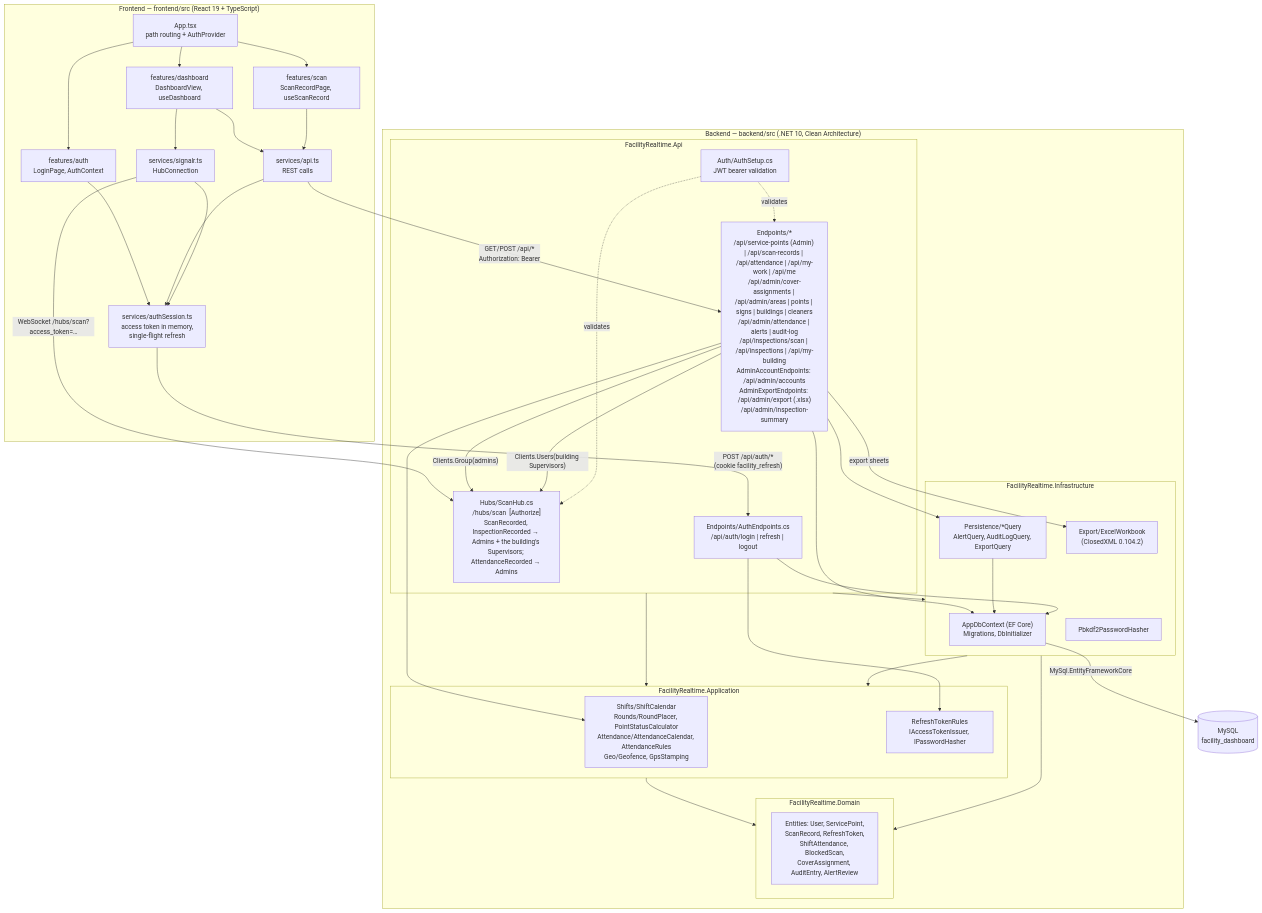
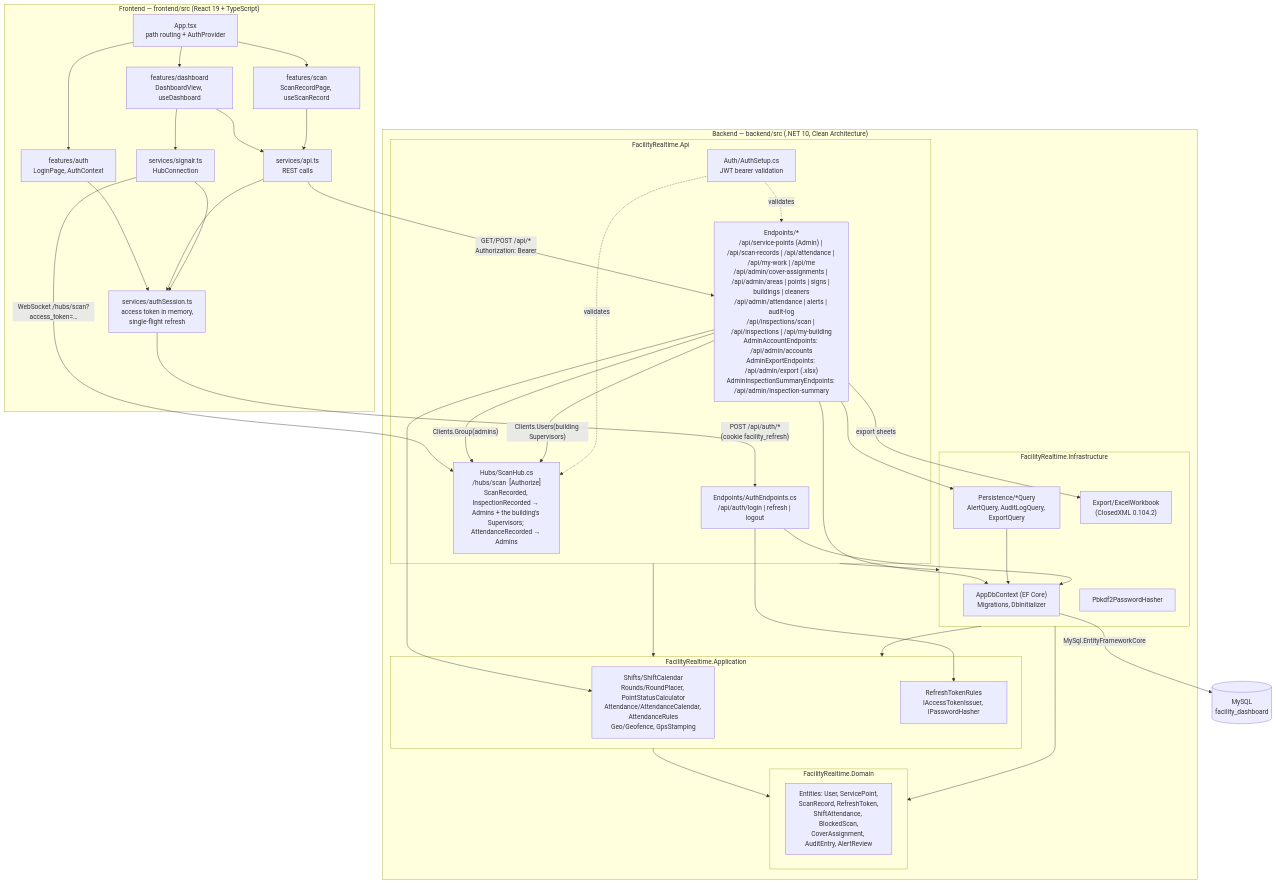
The third of 6 diagrams in docs/architecture.md (ThodsaphonSonthiphin/Facility-Real-time-dashboard), drawn with Mermaid before and after one commit. The commit also changed other lines of this file and 12 other files, not shown here.

Commit message:
fix(backend): leave post-shift work out of the Inspection Summary (decision 17); a failed live push no longer fails the saved record; My Building IsCover follows the cover; docs

````diff
--- a/docs/architecture.md
+++ b/docs/architecture.md
@@ -107,66 +107,66 @@
 ```mermaid
 flowchart TB
     subgraph FE["Frontend — frontend/src (React 19 + TypeScript)"]
         App["App.tsx<br/>path routing + AuthProvider"]
         Dash["features/dashboard<br/>DashboardView, useDashboard"]
         Scan["features/scan<br/>ScanRecordPage, useScanRecord"]
         Login["features/auth<br/>LoginPage, AuthContext"]
         ApiSvc["services/api.ts<br/>REST calls"]
         AuthSess["services/authSession.ts<br/>access token in memory,<br/>single-flight refresh"]
         SR["services/signalr.ts<br/>HubConnection"]
     end
 
     subgraph BE["Backend — backend/src (.NET 10, Clean Architecture)"]
         subgraph ApiP["FacilityRealtime.Api"]
-            Ep["Endpoints/*<br/>/api/service-points (Admin) | /api/scan-records | /api/attendance | /api/my-work | /api/me<br/>/api/admin/cover-assignments | /api/admin/areas | points | signs | buildings | cleaners<br/>/api/admin/attendance | alerts | audit-log<br/>/api/inspections/scan | /api/inspections | /api/my-building<br/>AdminAccountEndpoints: /api/admin/accounts<br/>AdminExportEndpoints: /api/admin/export (.xlsx)<br/>/api/admin/inspection-summary"]
+            Ep["Endpoints/*<br/>/api/service-points (Admin) | /api/scan-records | /api/attendance | /api/my-work | /api/me<br/>/api/admin/cover-assignments | /api/admin/areas | points | signs | buildings | cleaners<br/>/api/admin/attendance | alerts | audit-log<br/>/api/inspections/scan | /api/inspections | /api/my-building<br/>AdminAccountEndpoints: /api/admin/accounts<br/>AdminExportEndpoints: /api/admin/export (.xlsx)<br/>AdminInspectionSummaryEndpoints: /api/admin/inspection-summary"]
             AuthEp["Endpoints/AuthEndpoints.cs<br/>/api/auth/login | refresh | logout"]
             Hub["Hubs/ScanHub.cs<br/>/hubs/scan  [Authorize]<br/>ScanRecorded, InspectionRecorded → Admins + the building's Supervisors; AttendanceRecorded → Admins"]
             Jwt["Auth/AuthSetup.cs<br/>JWT bearer validation"]
         end
         subgraph AppP["FacilityRealtime.Application"]
             Status["Shifts/ShiftCalendar<br/>Rounds/RoundPlacer, PointStatusCalculator<br/>Attendance/AttendanceCalendar, AttendanceRules<br/>Geo/Geofence, GpsStamping"]
             Rules["RefreshTokenRules<br/>IAccessTokenIssuer, IPasswordHasher"]
         end
         subgraph InfP["FacilityRealtime.Infrastructure"]
             Ctx["AppDbContext (EF Core)<br/>Migrations, DbInitializer"]
             Hash["Pbkdf2PasswordHasher"]
             Reads["Persistence/*Query<br/>AlertQuery, AuditLogQuery, ExportQuery"]
             Xlsx["Export/ExcelWorkbook<br/>(ClosedXML 0.104.2)"]
         end
         subgraph DomP["FacilityRealtime.Domain"]
             Ent["Entities: User, ServicePoint,<br/>ScanRecord, RefreshToken,<br/>ShiftAttendance, BlockedScan,<br/>CoverAssignment, AuditEntry, AlertReview"]
         end
     end
 
     DB[("MySQL<br/>facility_dashboard")]
 
     App --> Dash & Scan & Login
     Dash --> ApiSvc
     Dash --> SR
     Scan --> ApiSvc
     Login --> AuthSess
     ApiSvc --> AuthSess
     SR --> AuthSess
 
     AuthSess -->|"POST /api/auth/*<br/>(cookie facility_refresh)"| AuthEp
     ApiSvc -->|"GET/POST /api/*<br/>Authorization: Bearer"| Ep
     SR -->|"WebSocket /hubs/scan?access_token=…"| Hub
 
     Ep --> Status
     Ep --> Ctx
     Ep --> Reads
     Ep -->|"export sheets"| Xlsx
     Reads --> Ctx
     Ep -->|"Clients.Group(admins)"| Hub
     Ep -->|"Clients.Users(building Supervisors)"| Hub
     AuthEp --> Rules
     AuthEp --> Ctx
     Jwt -.->|validates| Ep & Hub
 
     ApiP --> AppP
     ApiP --> InfP
     InfP --> AppP
     AppP --> DomP
     InfP --> DomP
     Ctx -->|"MySql.EntityFrameworkCore"| DB
 ```
````
